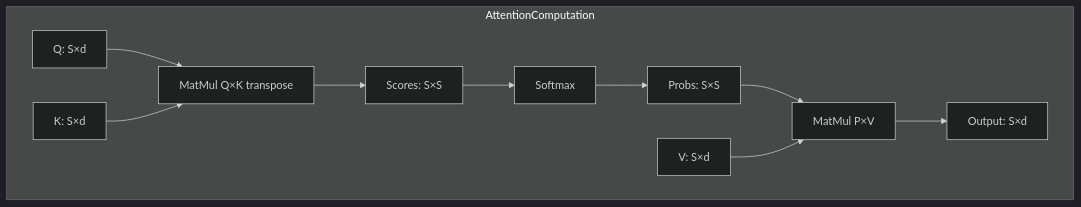
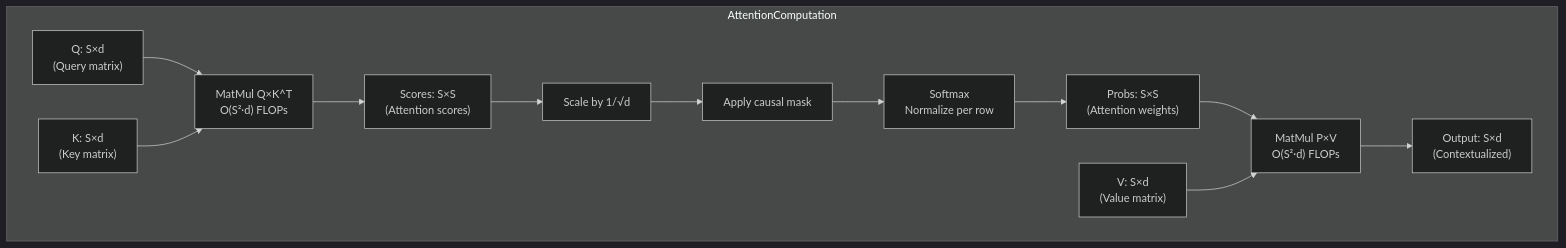
Before and after one commit to Shahriarin2garden/vllm_from_scratch: the tenth of 37 diagrams in lab0.2/README.md, drawn with Mermaid (dark theme). The commit also changed other lines of this file, not shown here.

Commit message:
Refactor diagrams in README.md for improved clarity and detail

````diff
--- a/lab0.2/README.md
+++ b/lab0.2/README.md
@@ -323,13 +333,15 @@
 ```mermaid
 graph TD
     subgraph AttentionComputation
-        A[Q: S×d] --> M1[MatMul Q×K transpose]
-        B[K: S×d] --> M1
-        M1 --> S[Scores: S×S]
-        S --> SM[Softmax]
-        SM --> P[Probs: S×S]
-        P --> M2[MatMul P×V]
-        C[V: S×d] --> M2
-        M2 --> O[Output: S×d]
+        A["Q: S×d<br/>(Query matrix)"] --> M1["MatMul Q×K^T<br/>O(S²·d) FLOPs"]
+        B["K: S×d<br/>(Key matrix)"] --> M1
+        M1 --> Sc["Scores: S×S<br/>(Attention scores)"]
+        Sc --> Scale["Scale by 1/√d"]
+        Scale --> Mask["Apply causal mask"]
+        Mask --> SM["Softmax<br/>Normalize per row"]
+        SM --> P["Probs: S×S<br/>(Attention weights)"]
+        P --> M2["MatMul P×V<br/>O(S²·d) FLOPs"]
+        C["V: S×d<br/>(Value matrix)"] --> M2
+        M2 --> O["Output: S×d<br/>(Contextualized)"] 
     end
 ```
````
